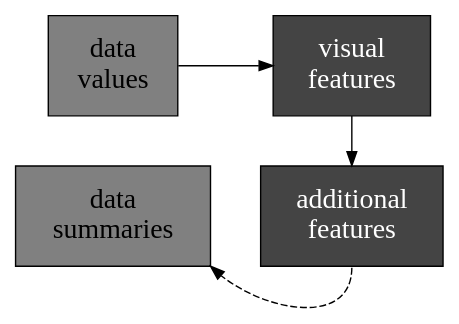
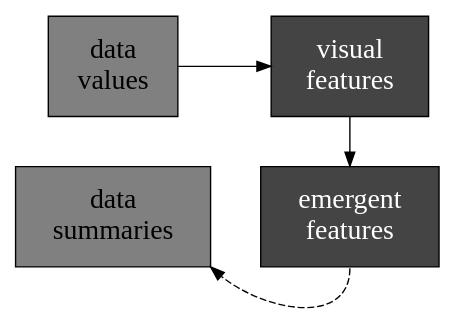
One commit to pmur002/hdvw changed the diagram in Diagrams/data-vis-vis-stat-only.dot. Above: the diagram before and after it, drawn with Graphviz. The commit also changed 24 other files, not shown here.

```diff
--- a/Diagrams/data-vis-vis-stat-only.dot
+++ b/Diagrams/data-vis-vis-stat-only.dot
@@ -1,15 +1,15 @@
 digraph {
   graph [ rankdir=LR; margin=.2; nodesep=.5 ];
   node [ fontsize=20; fontname="sans bold"; margin=.2 ];
   data [ label="data\nvalues"; shape=box; style=filled; fillcolor=gray ]
   stat [ label="data\nsummaries"; shape=box; style=filled; fillcolor=gray ]
   vis [ label="visual\nfeatures"; shape=box;
         style=filled; fillcolor="#444444"; fontcolor=white ]
-  add [ label="additional\nfeatures"; shape=box;
+  add [ label="emergent\nfeatures"; shape=box;
         style=filled; fillcolor="#444444"; fontcolor=white ]
   data -> vis
   vis -> add
   add:s -> stat:se [ style="dashed" ]
 { rank=same; data, stat }
 { rank=same; vis, add }
 }
```
